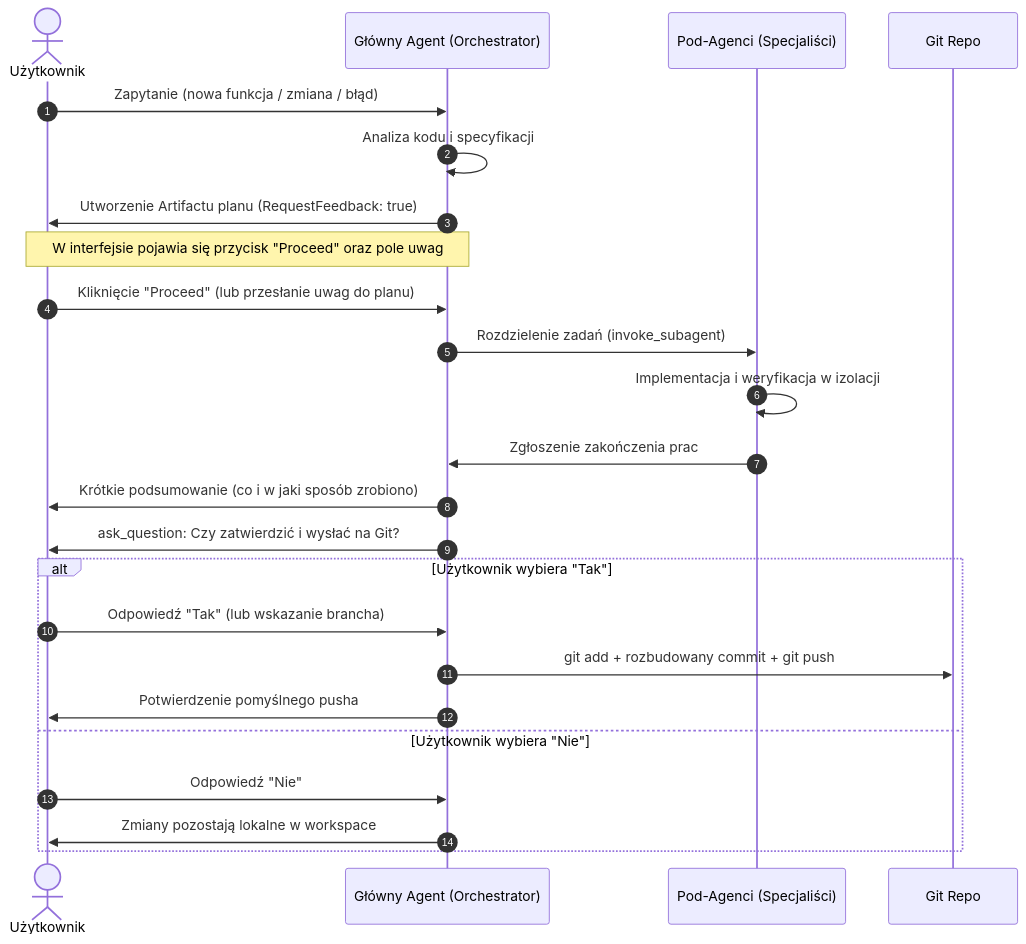
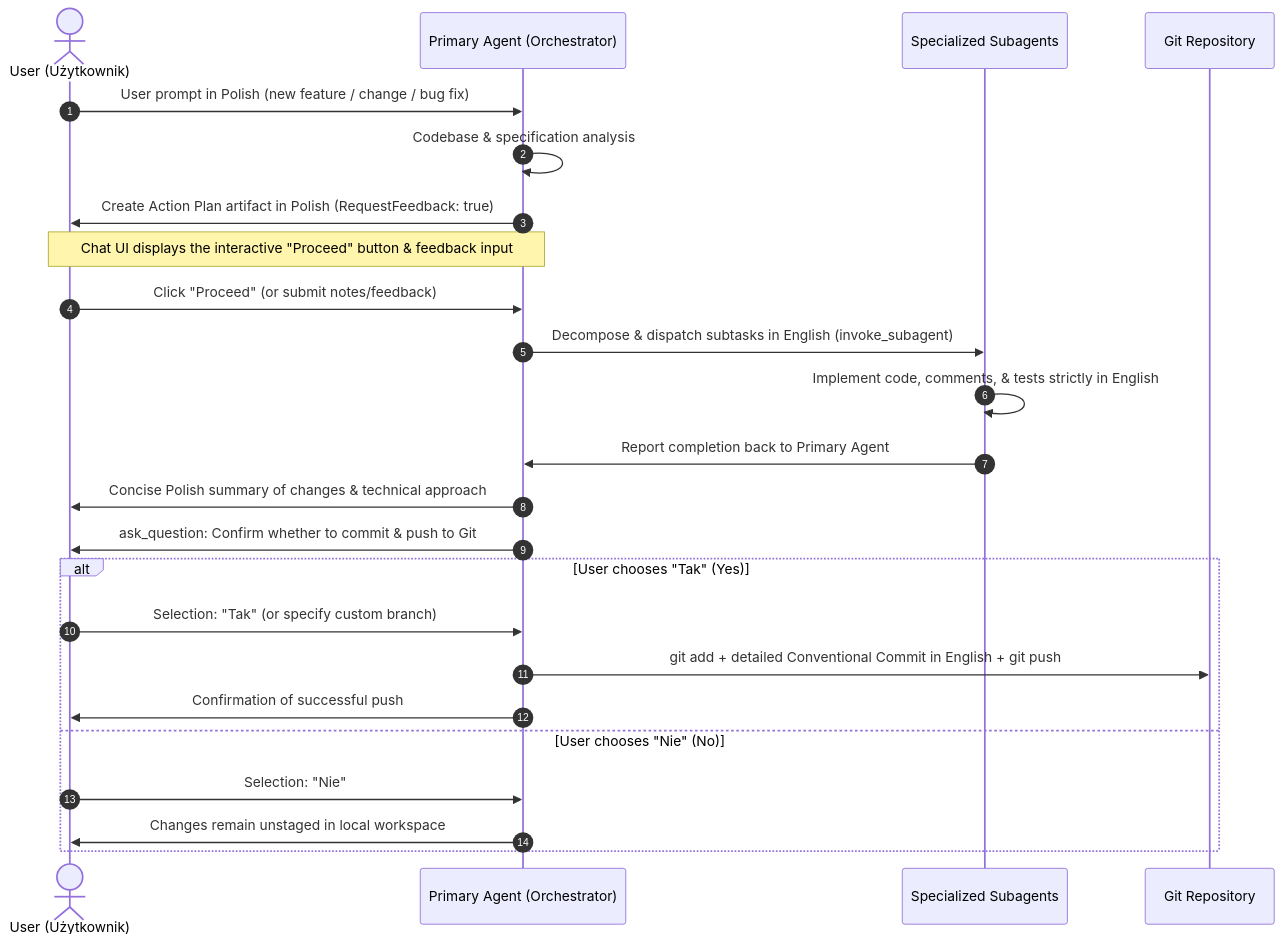
The diagram in .agents/skills/ancymon-workflow/SKILL.md (Adamad7/ancymon), drawn with Mermaid before and after one commit. The commit also changed other lines of this file and 17 other files, not shown here.

````diff
--- a/.agents/skills/ancymon-workflow/SKILL.md
+++ b/.agents/skills/ancymon-workflow/SKILL.md
@@ -18,27 +24,27 @@
 ```mermaid
 sequenceDiagram
     autonumber
-    actor User as Użytkownik
-    participant Lead as Główny Agent (Orchestrator)
-    participant Sub as Pod-Agenci (Specjaliści)
-    participant Git as Git Repo
+    actor User as User (Użytkownik)
+    participant Lead as Primary Agent (Orchestrator)
+    participant Sub as Specialized Subagents
+    participant Git as Git Repository
 
-    User->>Lead: Zapytanie (nowa funkcja / zmiana / błąd)
-    Lead->>Lead: Analiza kodu i specyfikacji
-    Lead->>User: Utworzenie Artifactu planu (RequestFeedback: true)
-    Note over User,Lead: W interfejsie pojawia się przycisk "Proceed" oraz pole uwag
-    User->>Lead: Kliknięcie "Proceed" (lub przesłanie uwag do planu)
-    Lead->>Sub: Rozdzielenie zadań (invoke_subagent)
-    Sub->>Sub: Implementacja i weryfikacja w izolacji
-    Sub->>Lead: Zgłoszenie zakończenia prac
-    Lead->>User: Krótkie podsumowanie (co i w jaki sposób zrobiono)
-    Lead->>User: ask_question: Czy zatwierdzić i wysłać na Git?
-    alt Użytkownik wybiera "Tak"
-        User->>Lead: Odpowiedź "Tak" (lub wskazanie brancha)
-        Lead->>Git: git add + rozbudowany commit + git push
-        Lead->>User: Potwierdzenie pomyślnego pusha
-    else Użytkownik wybiera "Nie"
-        User->>Lead: Odpowiedź "Nie"
-        Lead->>User: Zmiany pozostają lokalne w workspace
+    User->>Lead: User prompt in Polish (new feature / change / bug fix)
+    Lead->>Lead: Codebase & specification analysis
+    Lead->>User: Create Action Plan artifact in Polish (RequestFeedback: true)
+    Note over User,Lead: Chat UI displays the interactive "Proceed" button & feedback input
+    User->>Lead: Click "Proceed" (or submit notes/feedback)
+    Lead->>Sub: Decompose & dispatch subtasks in English (invoke_subagent)
+    Sub->>Sub: Implement code, comments, & tests strictly in English
+    Sub->>Lead: Report completion back to Primary Agent
+    Lead->>User: Concise Polish summary of changes & technical approach
+    Lead->>User: ask_question: Confirm whether to commit & push to Git
+    alt User chooses "Tak" (Yes)
+        User->>Lead: Selection: "Tak" (or specify custom branch)
+        Lead->>Git: git add + detailed Conventional Commit in English + git push
+        Lead->>User: Confirmation of successful push
+    else User chooses "Nie" (No)
+        User->>Lead: Selection: "Nie"
+        Lead->>User: Changes remain unstaged in local workspace
     end
 ```
````
